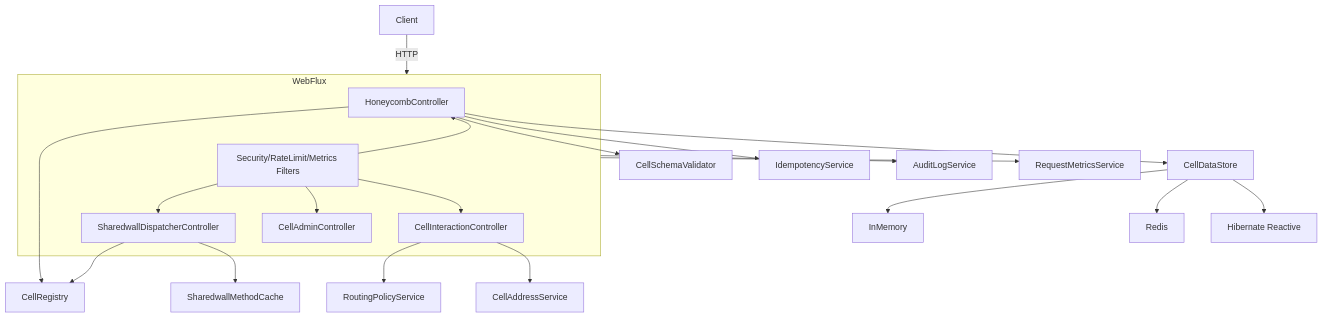
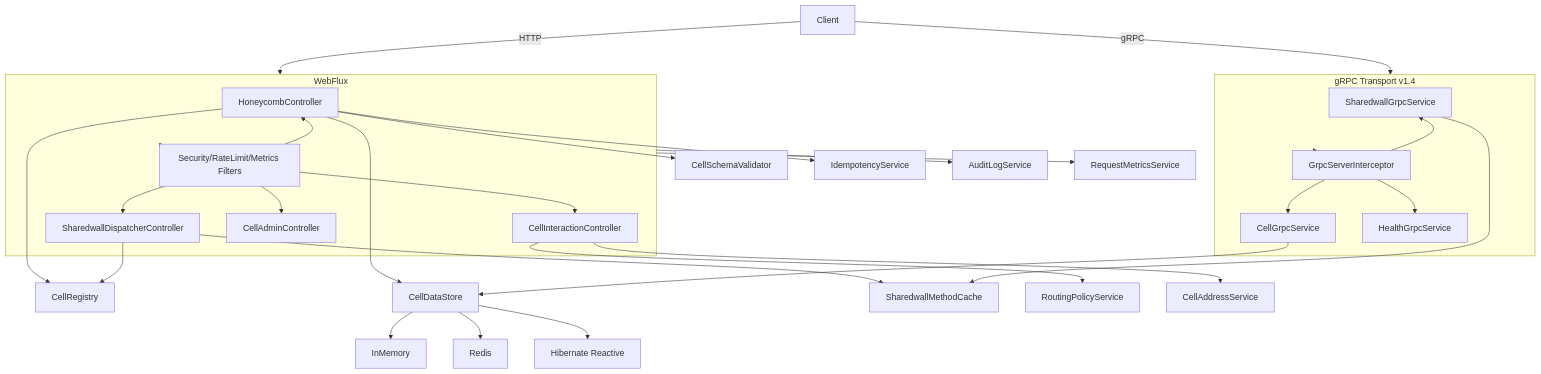
One commit to ravi1395/honeycomb changed the diagram in docs/HONEYCOMB_ARCHITECTURE.md. Above: the diagram before and after it, drawn with Mermaid. The commit also changed other lines of this file and 7 other files, not shown here.

````diff
--- a/docs/HONEYCOMB_ARCHITECTURE.md
+++ b/docs/HONEYCOMB_ARCHITECTURE.md
@@ -55,36 +62,52 @@
 ```mermaid
 flowchart TB
     Client -->|HTTP| WebFlux
+    Client -->|gRPC| GrpcTransport
 
     subgraph WebFlux
       HM[HoneycombController]
       SWD[SharedwallDispatcherController]
       CIA[CellInteractionController]
       ADM[CellAdminController]
       FILT[Security/RateLimit/Metrics Filters]
     end
 
+    subgraph GrpcTransport[gRPC Transport v1.4]
+      SWGS[SharedwallGrpcService]
+      CGS[CellGrpcService]
+      HGS[HealthGrpcService]
+      GINT[GrpcServerInterceptor]
+    end
+
     WebFlux --> FILT
     FILT --> HM
     FILT --> SWD
     FILT --> CIA
     FILT --> ADM
+
+    GrpcTransport --> GINT
+    GINT --> SWGS
+    GINT --> CGS
+    GINT --> HGS
 
     HM --> REG[CellRegistry]
     HM --> STORE[CellDataStore]
     HM --> SCHEMA[CellSchemaValidator]
     HM --> IDEM[IdempotencyService]
 
     SWD --> SWC[SharedwallMethodCache]
     SWD --> REG
+
+    SWGS --> SWC
+    CGS --> STORE
 
     CIA --> ROUTE[RoutingPolicyService]
     CIA --> ADDR[CellAddressService]
 
     STORE --> MEM[InMemory]
     STORE --> REDIS[Redis]
     STORE --> HIB[Hibernate Reactive]
 
     WebFlux --> AUDIT[AuditLogService]
     WebFlux --> METRICS[RequestMetricsService]
 ```
````
